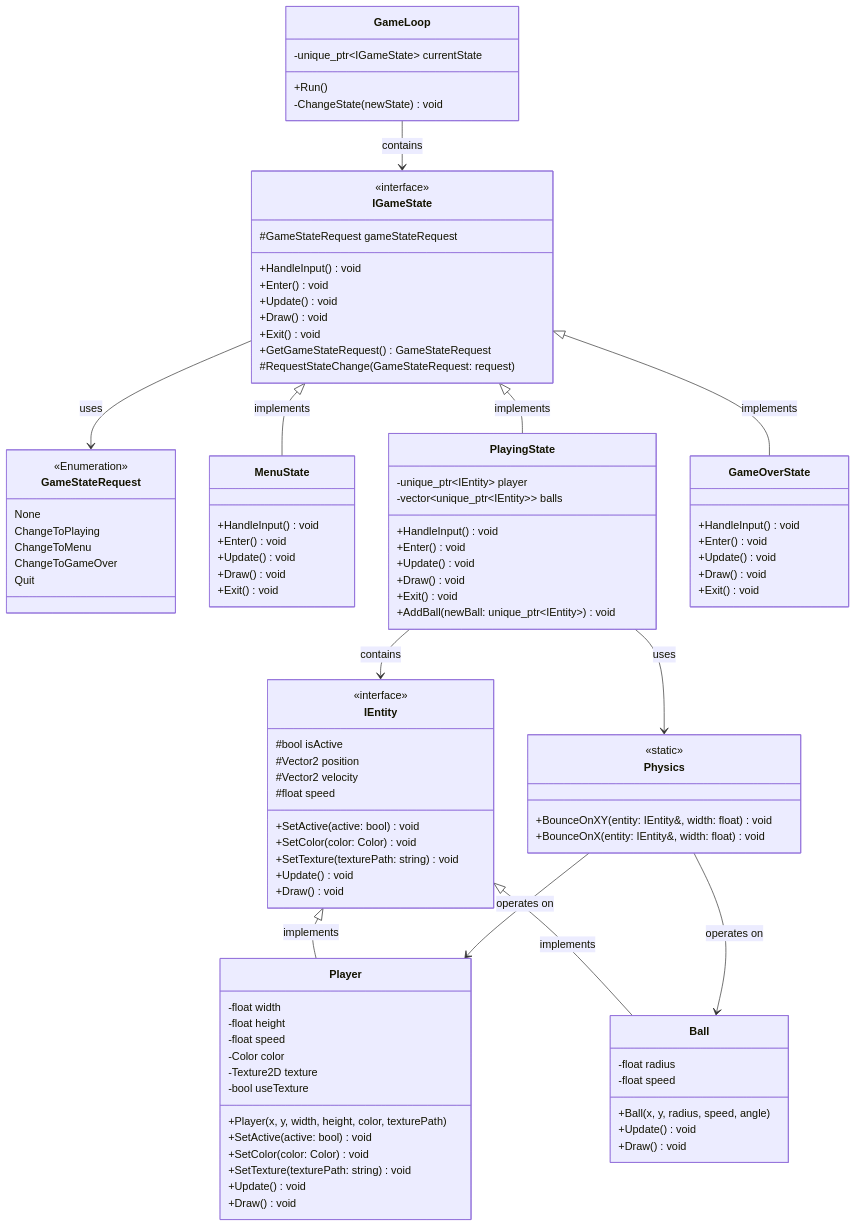
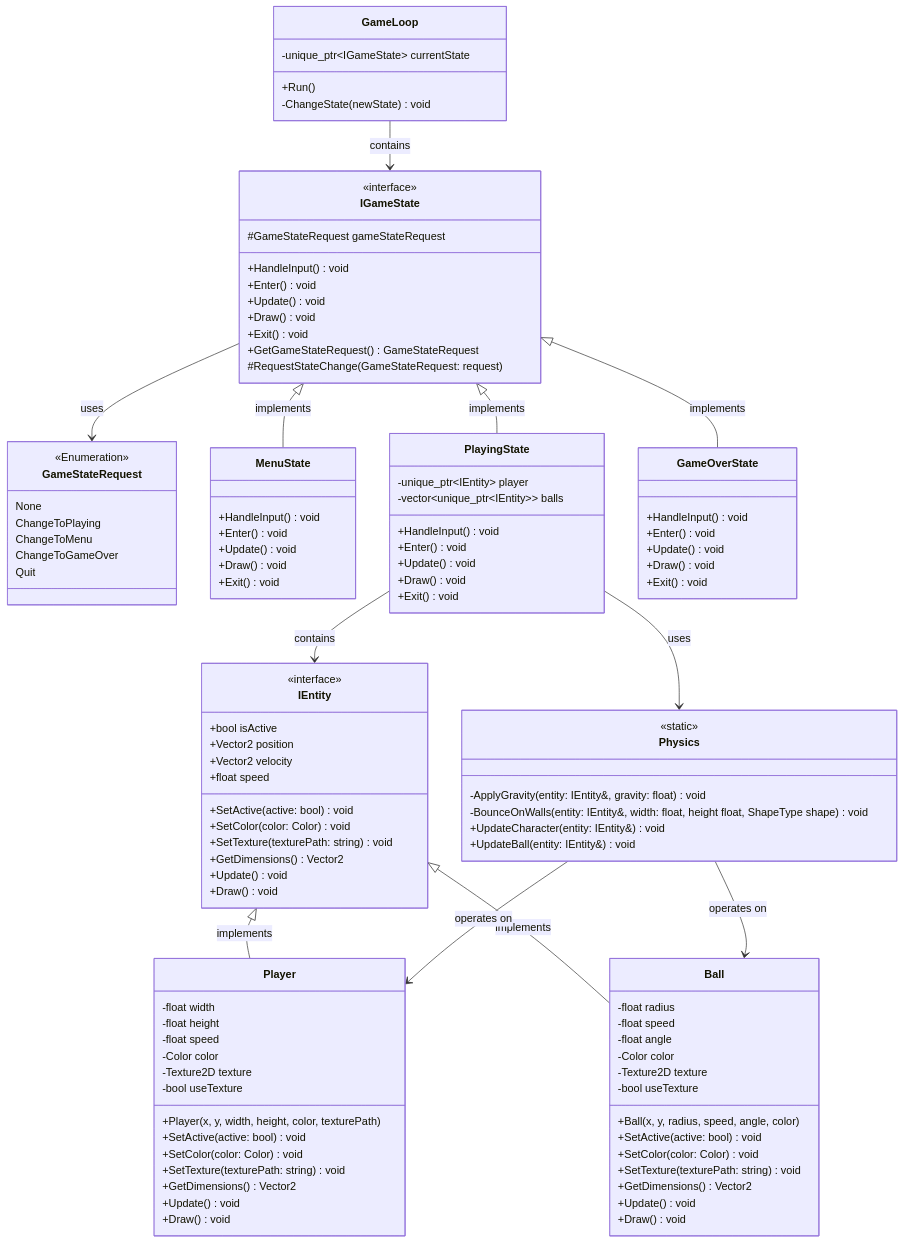
The diagram in diagrams/classDiagram.md (dciuca/cppang), drawn with Mermaid before and after one commit. The commit also changed 9 other files, not shown here.

```diff
--- a/diagrams/classDiagram.md
+++ b/diagrams/classDiagram.md
@@ -43,7 +43,6 @@
         +Update() void
         +Draw() void
         +Exit() void
-        +AddBall(newBall: unique_ptr~IEntity~) void
     }
 
     class GameOverState {
@@ -56,13 +55,14 @@
 
     class IEntity {
         <<interface>>
-        #bool isActive
-        #Vector2 position
-        #Vector2 velocity
-        #float speed
+        +bool isActive
+        +Vector2 position
+        +Vector2 velocity
+        +float speed
         +SetActive(active: bool) void
         +SetColor(color: Color) void
         +SetTexture(texturePath: string) void
+        +GetDimensions() Vector2
         +Update() void
         +Draw() void
     }
@@ -78,6 +78,7 @@
         +SetActive(active: bool) void
         +SetColor(color: Color) void
         +SetTexture(texturePath: string) void
+        +GetDimensions() Vector2
         +Update() void
         +Draw() void
     }
@@ -85,15 +86,25 @@
     class Ball {
         -float radius
         -float speed
-        +Ball(x, y, radius, speed, angle)
+        -float angle
+        -Color color
+        -Texture2D texture
+        -bool useTexture
+        +Ball(x, y, radius, speed, angle, color)
+        +SetActive(active: bool) void
+        +SetColor(color: Color) void
+        +SetTexture(texturePath: string) void
+        +GetDimensions() Vector2
         +Update() void
         +Draw() void
     }
 
     class Physics {
         <<static>>
-        +BounceOnXY(entity: IEntity&, width: float) void
-        +BounceOnX(entity: IEntity&, width: float) void
+        -ApplyGravity(entity: IEntity&, gravity: float) void
+        -BounceOnWalls(entity: IEntity&, width: float, height float, ShapeType shape) void
+        +UpdateCharacter(entity: IEntity&) void
+        +UpdateBall(entity: IEntity&) void
     }
 
     GameLoop --> IGameState : contains
```
